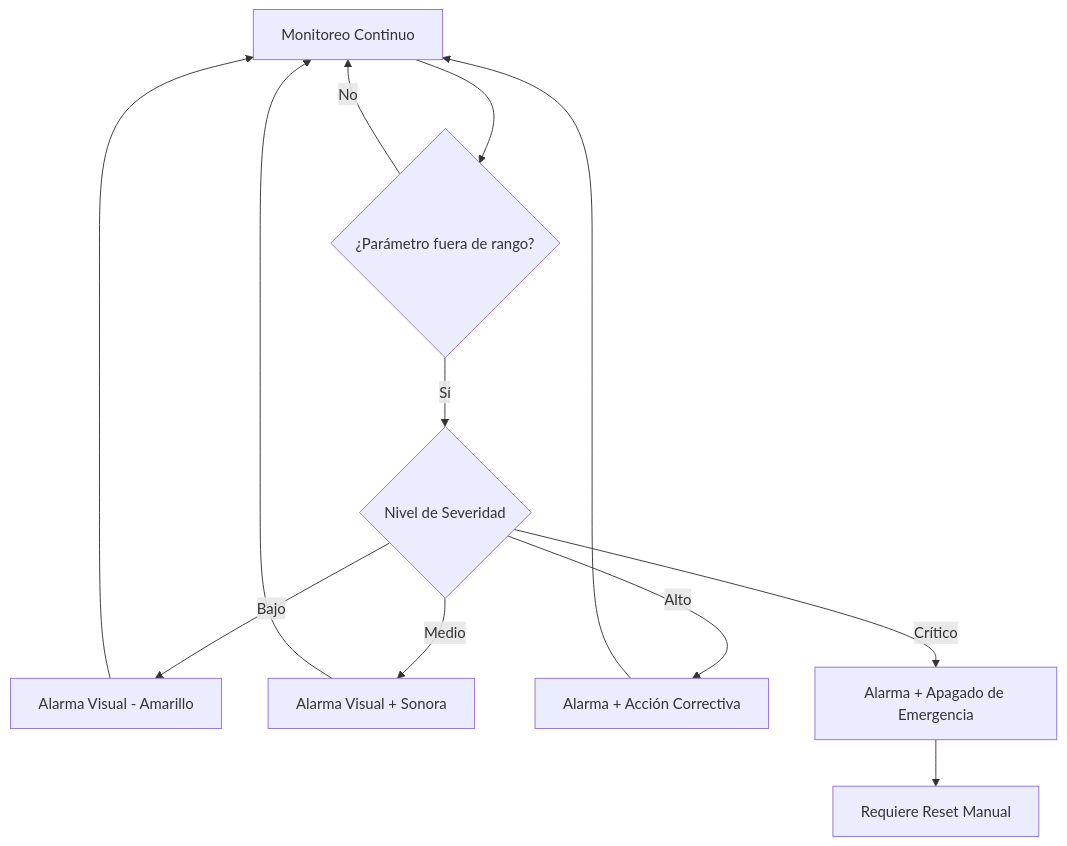
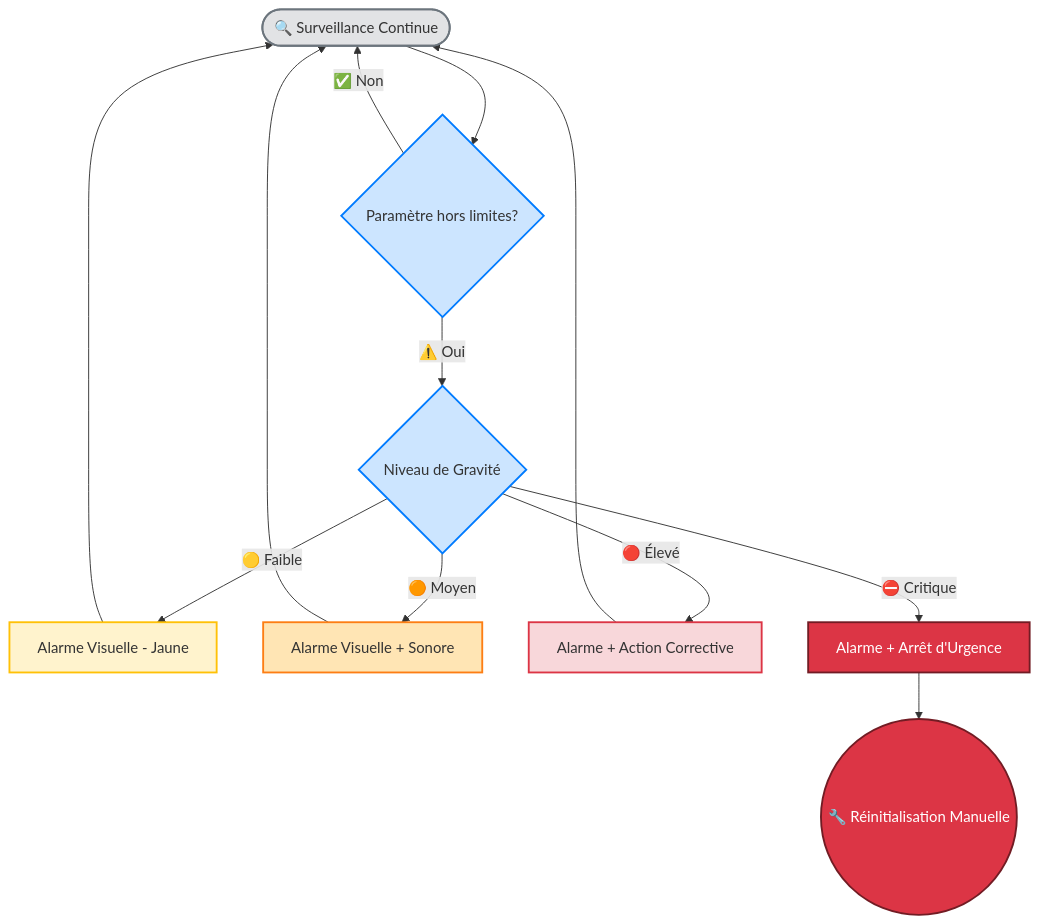
The first of 3 diagrams in docs/i18n/fr/docusaurus-plugin-content-docs/version-14.12/safety-notice.md (medicalopenworld/IncuNest-Docs), drawn with Mermaid before and after one commit. The commit also changed other lines of this file and 2 other files, not shown here.

Commit message:
Update safety-notice diagrams in all languages and versioned docs

````diff
--- a/docs/i18n/fr/docusaurus-plugin-content-docs/version-14.12/safety-notice.md
+++ b/docs/i18n/fr/docusaurus-plugin-content-docs/version-14.12/safety-notice.md
@@ -75,14 +75,30 @@
 ```mermaid
-flowchart TD
-    A[Monitoreo Continuo] --> B{¿Parámetro fuera de rango?}
-    B -->|Sí| C{Nivel de Severidad}
-    B -->|No| A
-    C -->|Bajo| D[Alarma Visual - Amarillo]
-    C -->|Medio| E[Alarma Visual + Sonora]
-    C -->|Alto| F[Alarma + Acción Correctiva]
-    C -->|Crítico| G[Alarma + Apagado de Emergencia]
+graph TD
+    A([🔍 Surveillance Continue]) --> B{Paramètre hors limites?}
+    B -->|✅ Non| A
+    B -->|⚠️ Oui| C{Niveau de Gravité}
+    
+    C -->|🟡 Faible| D[Alarme Visuelle - Jaune]
+    C -->|🟠 Moyen| E[Alarme Visuelle + Sonore]
+    C -->|🔴 Élevé| F[Alarme + Action Corrective]
+    C -->|⛔ Critique| G[Alarme + Arrêt d'Urgence]
+    
     D --> A
     E --> A
     F --> A
-    G --> H[Requiere Reset Manual]
+    G --> H((🔧 Réinitialisation Manuelle))
+    
+    classDef monitor fill:#e2e3e5,stroke:#6c757d,stroke-width:2px
+    classDef decision fill:#cce5ff,stroke:#007bff,stroke-width:2px
+    classDef low fill:#fff3cd,stroke:#ffc107,stroke-width:2px
+    classDef medium fill:#ffe5b4,stroke:#fd7e14,stroke-width:2px
+    classDef high fill:#f8d7da,stroke:#dc3545,stroke-width:2px
+    classDef critical fill:#dc3545,stroke:#721c24,stroke-width:2px,color:#fff
+    
+    class A monitor
+    class B,C decision
+    class D low
+    class E medium
+    class F high
+    class G,H critical
 ```
````
